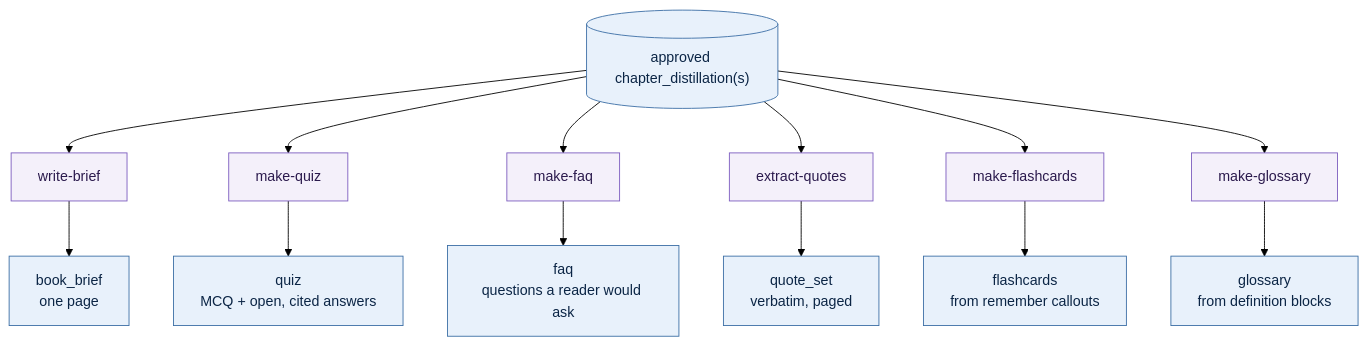
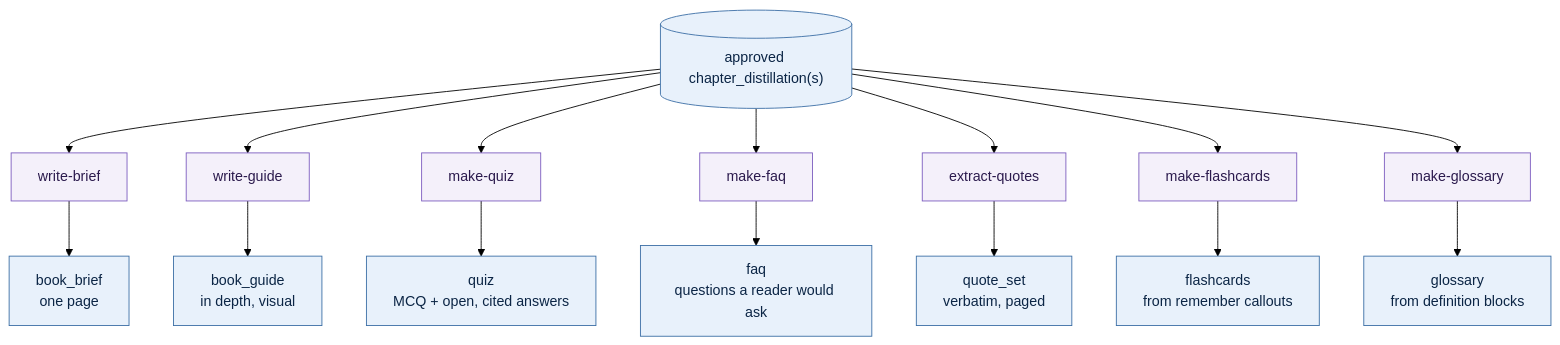
Diagram 11 of 12 in docs/ARCHITECTURE.md (agharsallah/bookshelf), drawn with Mermaid (forest theme) before and after one commit. The commit also changed other lines of this file and 31 other files, not shown here.

First line of the commit message:
Add write-guide skill: comprehensive book guide with structured sections

````diff
--- a/docs/ARCHITECTURE.md
+++ b/docs/ARCHITECTURE.md
@@ -802,15 +825,16 @@
 ```mermaid
 flowchart TD
   classDef sk fill:#f4f0fa,stroke:#7c5cbf,color:#2b1a4d
   classDef out fill:#e8f1fb,stroke:#3b6ea5,color:#0b2545
 
   CD[("approved chapter_distillation(s)")]:::out
   B["write-brief"]:::sk --> BR["book_brief<br/>one page"]:::out
+  W["write-guide"]:::sk --> GD["book_guide<br/>in depth, visual"]:::out
   Q["make-quiz"]:::sk --> QZ["quiz<br/>MCQ + open, cited answers"]:::out
   F["make-faq"]:::sk --> FQ["faq<br/>questions a reader would ask"]:::out
   X["extract-quotes"]:::sk --> QT["quote_set<br/>verbatim, paged"]:::out
   C["make-flashcards"]:::sk --> FC["flashcards<br/>from remember callouts"]:::out
   G["make-glossary"]:::sk --> GL["glossary<br/>from definition blocks"]:::out
 
-  CD --> B & Q & F & X & C & G
+  CD --> B & W & Q & F & X & C & G
 ```
````
